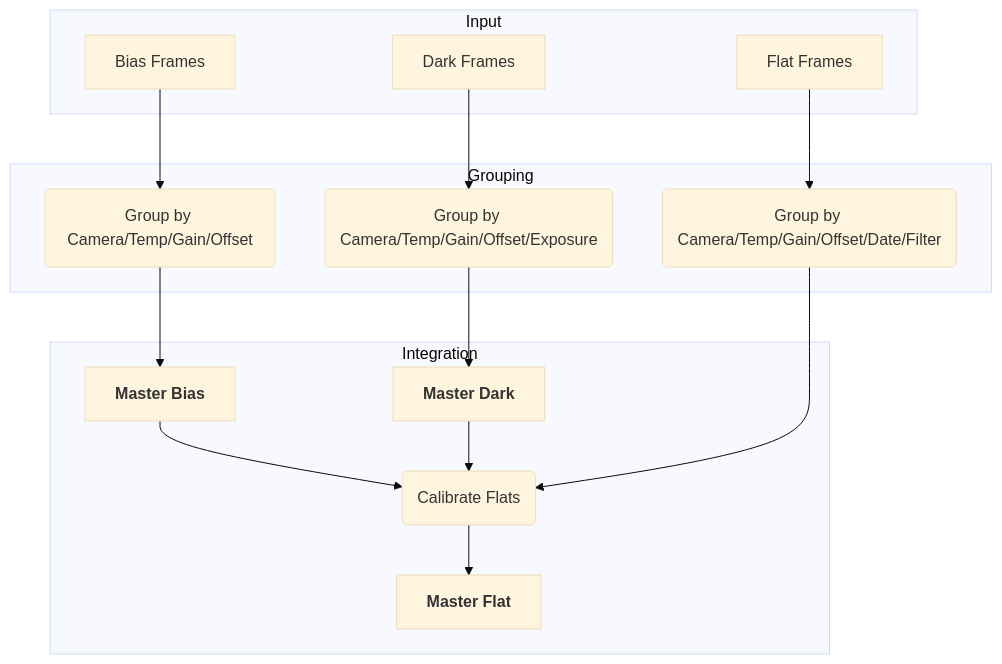
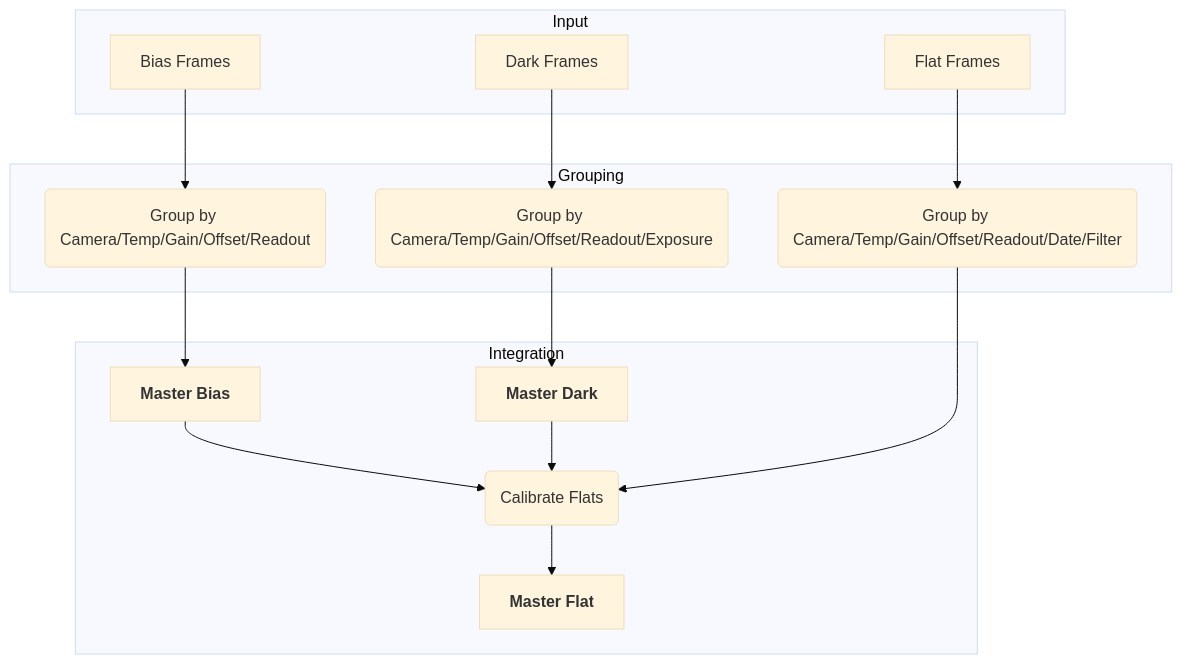
Before and after one commit to jewzaam/ap-base: the second of 2 diagrams in docs/tools/ap-create-master.md, drawn with Mermaid (base theme). The commit also changed other lines of this file and 2 other files, not shown here.

Commit message:
docs: fix minor inaccuracies across multiple tool documentation pages
- ap-create-master.md: add missing Readout Mode to second grouping diagram
- ap-create-master.md: remove .xisf from valid input extensions (only .fits/.fit accepted)
- ap-move-master-to-library.md: add missing Readout to MASTER FLAT filename keys
- ap-move-light-to-data.md: document --path-pattern default (accept directory filter)

Closes jewzaam/ap-base#78

https://claude.ai/code/session_01QYqKBTgBEhKTatzafVwFR8

````diff
--- a/docs/tools/ap-create-master.md
+++ b/docs/tools/ap-create-master.md
@@ -67,23 +67,23 @@
 ```mermaid
 flowchart TB
     subgraph Input
         BIAS[Bias Frames]
         DARK[Dark Frames]
         FLAT[Flat Frames]
     end
 
     subgraph Grouping
-        BIAS --> GROUP_B(Group by Camera/Temp/Gain/Offset)
-        DARK --> GROUP_D(Group by Camera/Temp/Gain/Offset/Exposure)
-        FLAT --> GROUP_F(Group by Camera/Temp/Gain/Offset/Date/Filter)
+        BIAS --> GROUP_B(Group by Camera/Temp/Gain/Offset/Readout)
+        DARK --> GROUP_D(Group by Camera/Temp/Gain/Offset/Readout/Exposure)
+        FLAT --> GROUP_F(Group by Camera/Temp/Gain/Offset/Readout/Date/Filter)
     end
 
     subgraph Integration
         GROUP_B --> MASTER_B["`**Master Bias**`"]
         GROUP_D --> MASTER_D["`**Master Dark**`"]
         MASTER_B --> CAL_F(Calibrate Flats)
         MASTER_D --> CAL_F
         GROUP_F --> CAL_F
         CAL_F --> MASTER_F["`**Master Flat**`"]
     end
 ```
````
